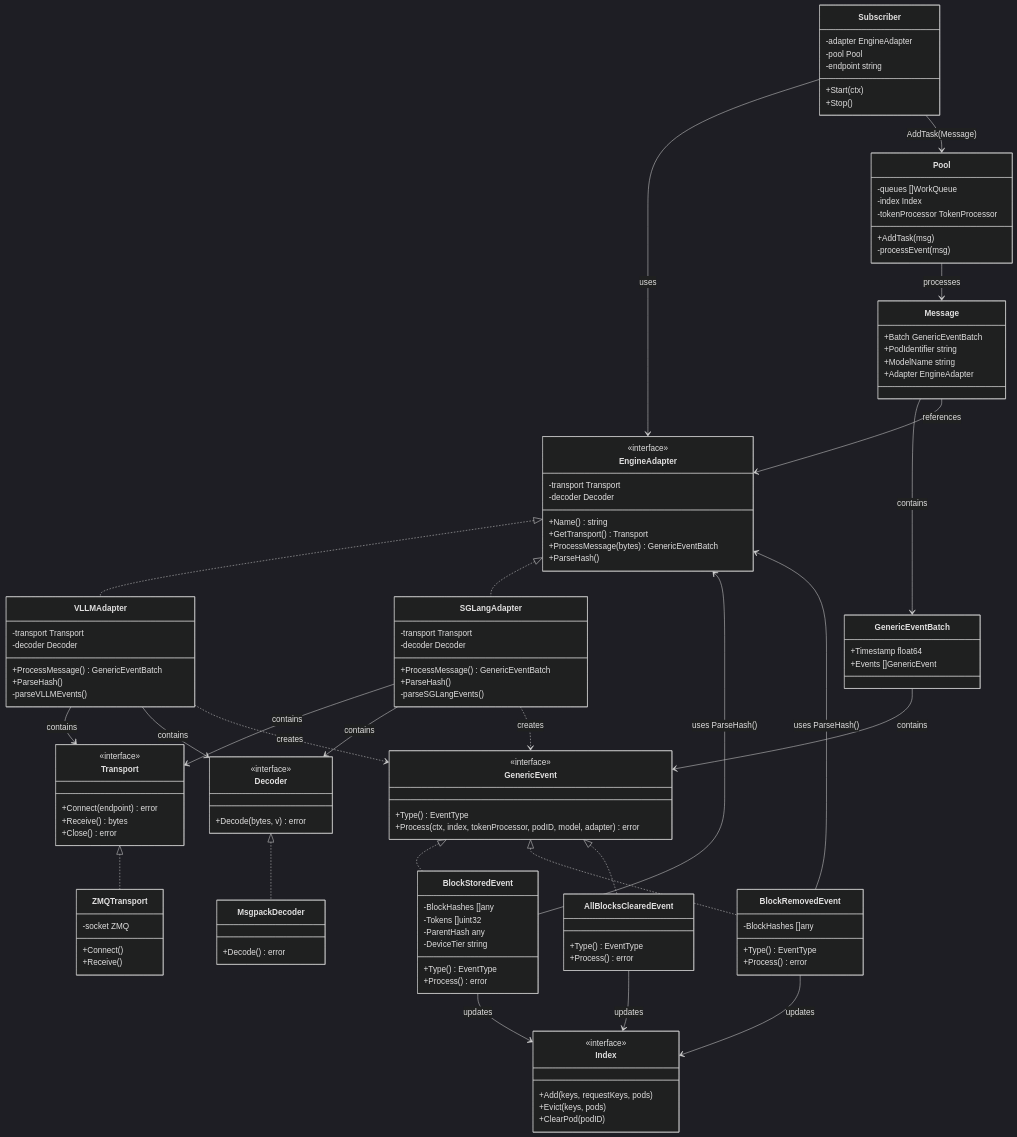
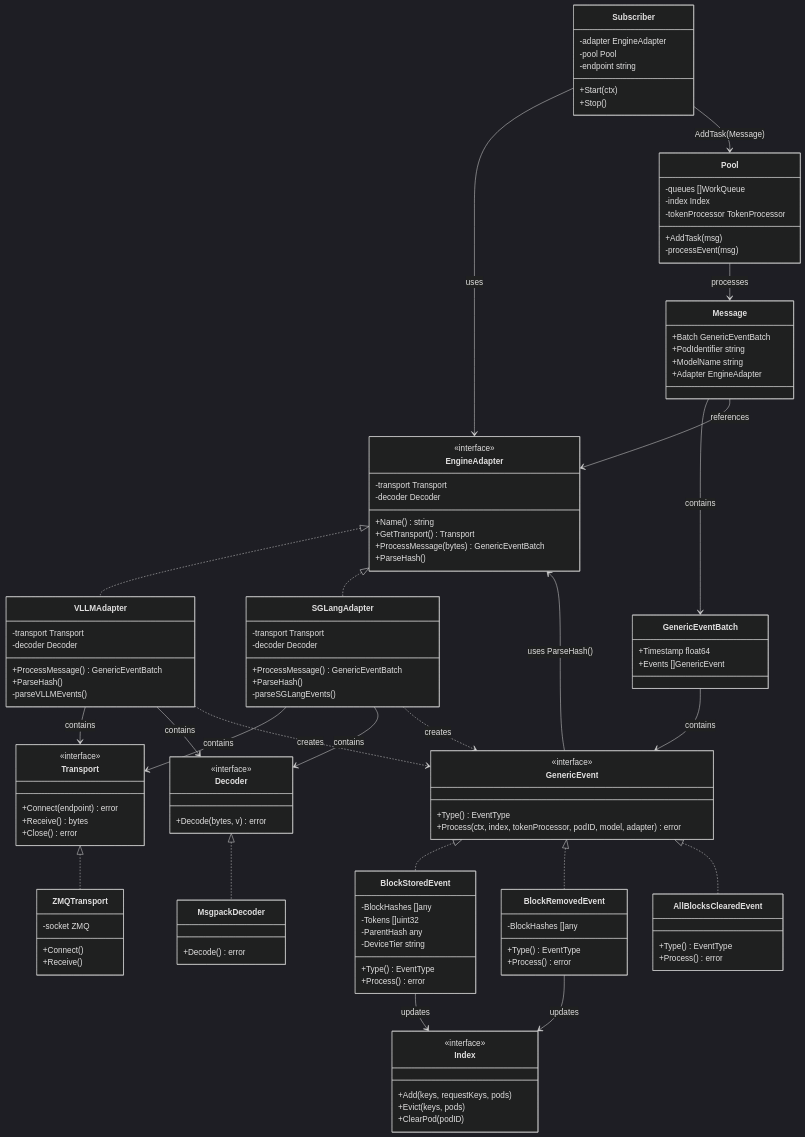
The fourth of 5 diagrams in pkg/kvevents/kv-abstraction-design.md (NaomiEisen/llm-d-kv-cache), drawn with Mermaid (dark theme) before and after one commit.

Commit message:
Add design plan

````diff
--- a/pkg/kvevents/kv-abstraction-design.md
+++ b/pkg/kvevents/kv-abstraction-design.md
@@ -417,8 +417,6 @@
     
     BlockStoredEvent --> Index : updates
     BlockRemovedEvent --> Index : updates
-    AllBlocksClearedEvent --> Index : updates
     
-    BlockStoredEvent --> EngineAdapter : uses ParseHash()
-    BlockRemovedEvent --> EngineAdapter : uses ParseHash()
+    GenericEvent --> EngineAdapter : uses ParseHash()
 ```
````
